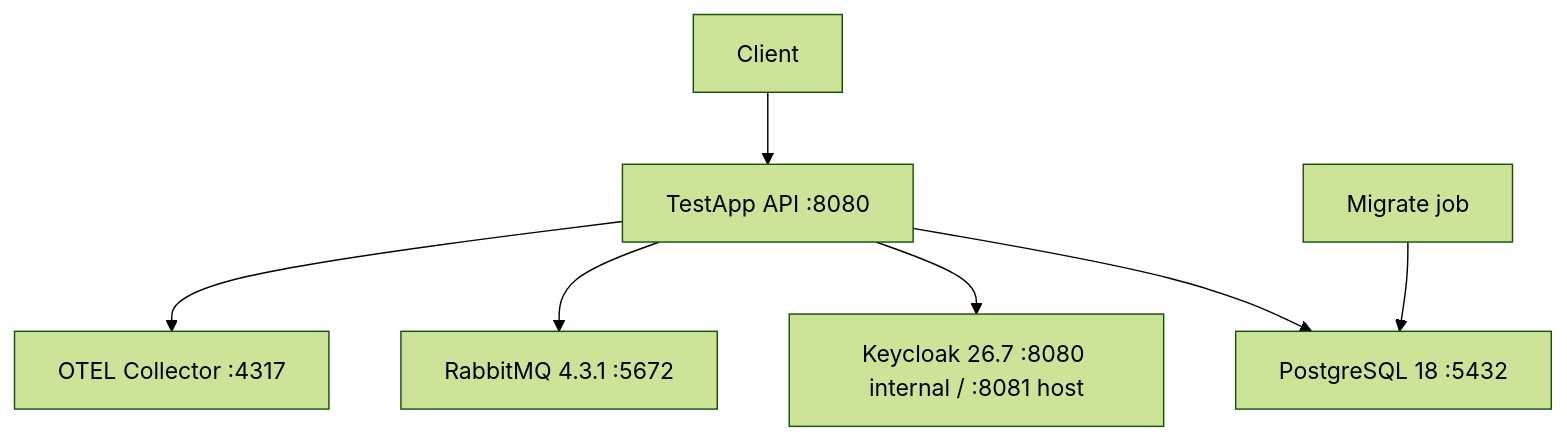
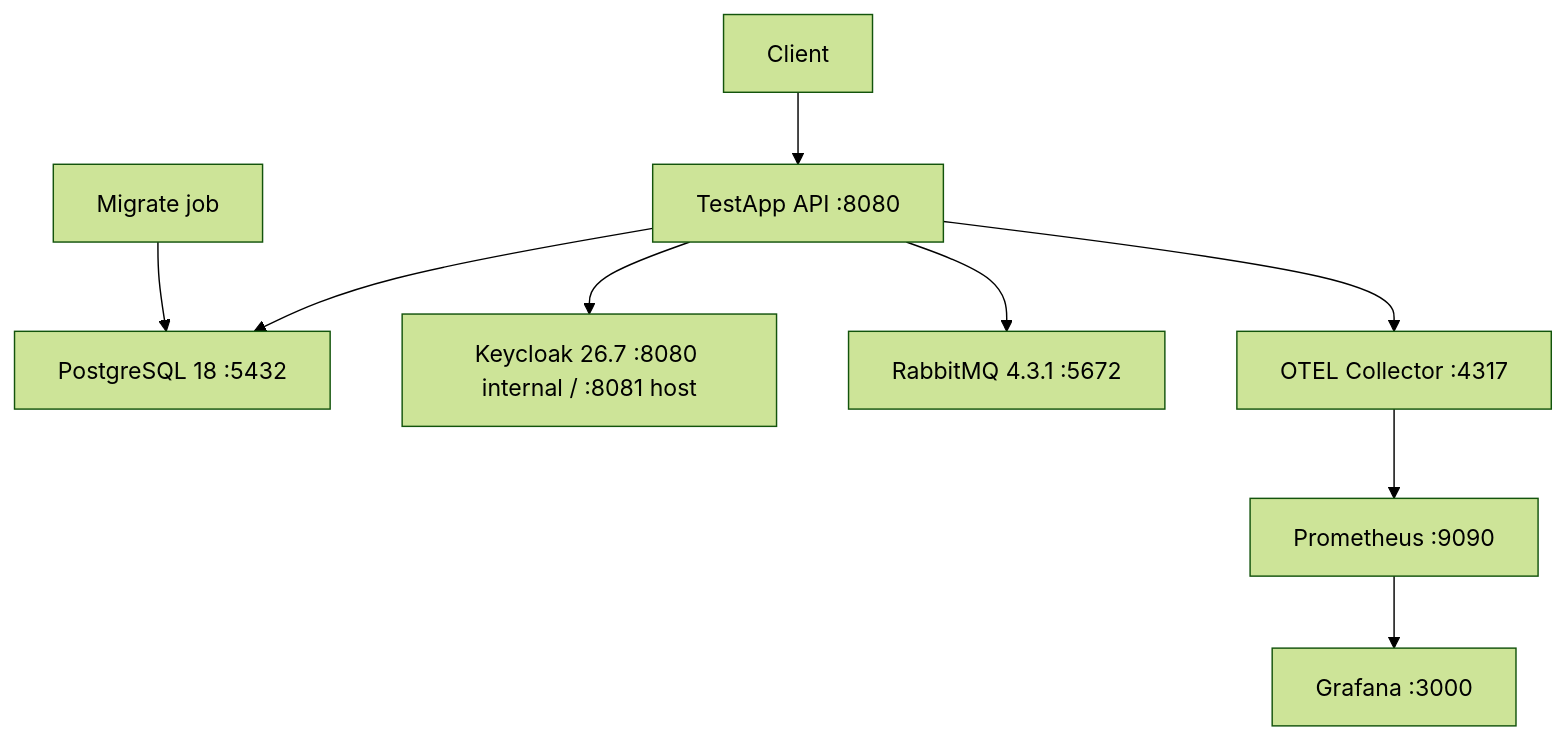
One commit to hhypest/TestApp changed the diagram in docs/OPERATIONS.md. Above: the diagram before and after it, drawn with Mermaid (forest theme). The commit also changed other lines of this file and 18 other files, not shown here.

````diff
--- a/docs/OPERATIONS.md
+++ b/docs/OPERATIONS.md
@@ -9,9 +9,11 @@
 ```mermaid
 graph TD
     Client --> API[TestApp API :8080]
     API --> DB[PostgreSQL 18 :5432]
     API --> KC[Keycloak 26.7 :8080 internal / :8081 host]
     API --> RMQ[RabbitMQ 4.3.1 :5672]
     API --> OTEL[OTEL Collector :4317]
+    OTEL --> PROM[Prometheus :9090]
+    PROM --> GRAF[Grafana :3000]
     MIG[Migrate job] --> DB
 ```
````
